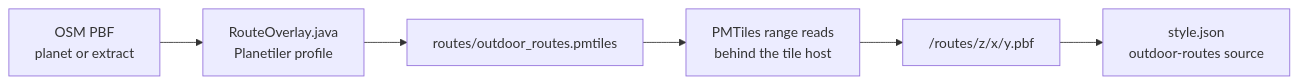
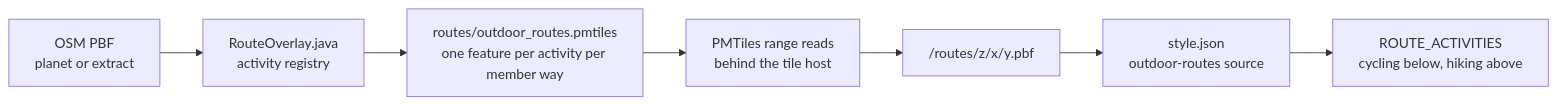
The diagram in ROUTES.md (OpenGIS/outdoors), drawn with Mermaid before and after one commit. The commit also changed other lines of this file and 43 other files, not shown here.

First line of the commit message:
feat: add multi-activity routes and screenshot checks

````diff
--- a/ROUTES.md
+++ b/ROUTES.md
@@ -11,8 +9,9 @@
 ```mermaid
 flowchart LR
-  A["OSM PBF<br/>planet or extract"] --> B["RouteOverlay.java<br/>Planetiler profile"]
-  B --> C["routes/outdoor_routes.pmtiles"]
+  A["OSM PBF<br/>planet or extract"] --> B["RouteOverlay.java<br/>activity registry"]
+  B --> C["routes/outdoor_routes.pmtiles<br/>one feature per activity per member way"]
   C --> D["PMTiles range reads<br/>behind the tile host"]
   D --> E["/routes/z/x/y.pbf"]
   E --> F["style.json<br/>outdoor-routes source"]
+  F --> G["ROUTE_ACTIVITIES<br/>cycling below, hiking above"]
 ```
````
